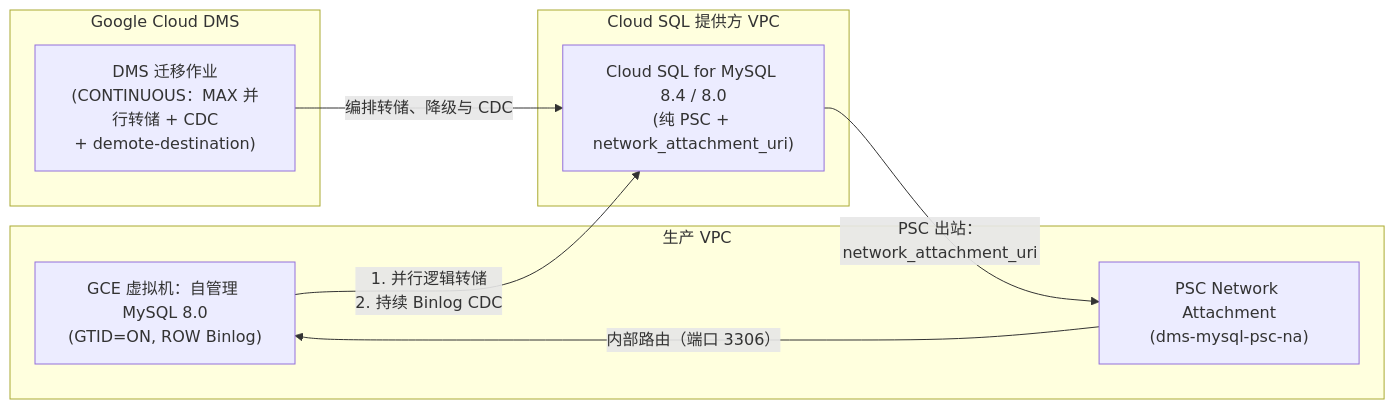
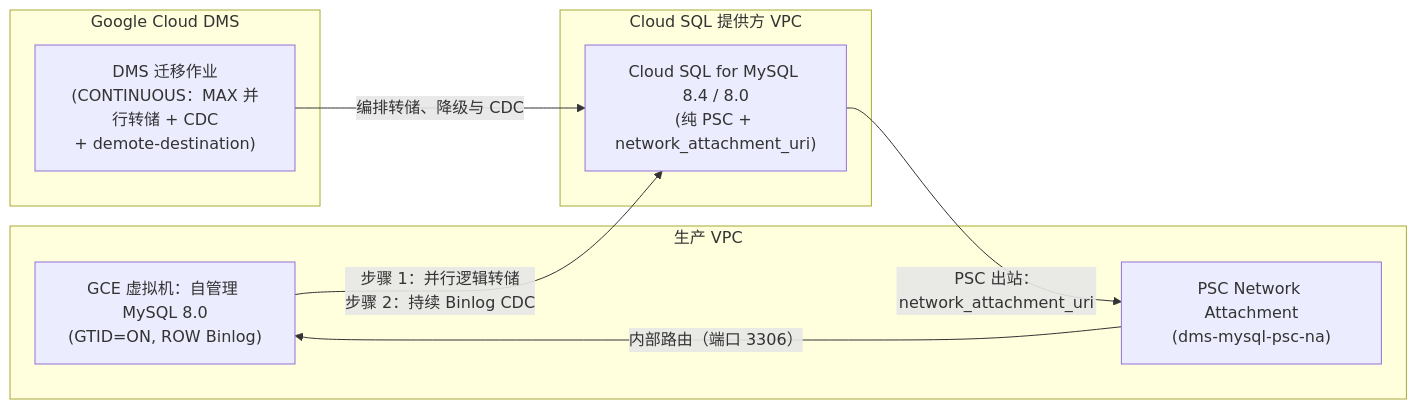
Before and after one commit to kkmbryan/cloud-dms-templates: the diagram in templates/01-live-migration-gce-cdc/README.zh-CN.md, drawn with Mermaid. The commit also changed 3 other files, not shown here.

Commit message:
fix(docs): make template Mermaid diagrams render on GitHub (#2)

````diff
--- a/templates/01-live-migration-gce-cdc/README.zh-CN.md
+++ b/templates/01-live-migration-gce-cdc/README.zh-CN.md
@@ -19,20 +19,20 @@
 ```mermaid
 flowchart LR
     subgraph GCE_VPC["生产 VPC"]
-        GCE["GCE 虚拟机：自管理 MySQL 8.0\n(GTID=ON, ROW Binlog)"]
-        NA["PSC Network Attachment\n(dms-mysql-psc-na)"]
+        GCE["GCE 虚拟机：自管理 MySQL 8.0<br/>(GTID=ON, ROW Binlog)"]
+        NA["PSC Network Attachment<br/>(dms-mysql-psc-na)"]
     end
 
     subgraph DMS_Control["Google Cloud DMS"]
-        JOB["DMS 迁移作业\n(CONTINUOUS：MAX 并行转储 + CDC\n+ demote-destination)"]
+        JOB["DMS 迁移作业<br/>(CONTINUOUS：MAX 并行转储 + CDC<br/>+ demote-destination)"]
     end
 
     subgraph CloudSQL_Producer["Cloud SQL 提供方 VPC"]
-        CSQL["Cloud SQL for MySQL 8.4 / 8.0\n(纯 PSC + network_attachment_uri)"]
+        CSQL["Cloud SQL for MySQL 8.4 / 8.0<br/>(纯 PSC + network_attachment_uri)"]
     end
 
-    CSQL -->|PSC 出站：network_attachment_uri| NA
-    NA -->|内部路由（端口 3306）| GCE
-    GCE -->|1. 并行逻辑转储\n2. 持续 Binlog CDC| CSQL
-    JOB -->|编排转储、降级与 CDC| CSQL
+    CSQL -->|"PSC 出站：network_attachment_uri"| NA
+    NA -->|"内部路由（端口 3306）"| GCE
+    GCE -->|"步骤 1：并行逻辑转储<br/>步骤 2：持续 Binlog CDC"| CSQL
+    JOB -->|"编排转储、降级与 CDC"| CSQL
 ```
````
